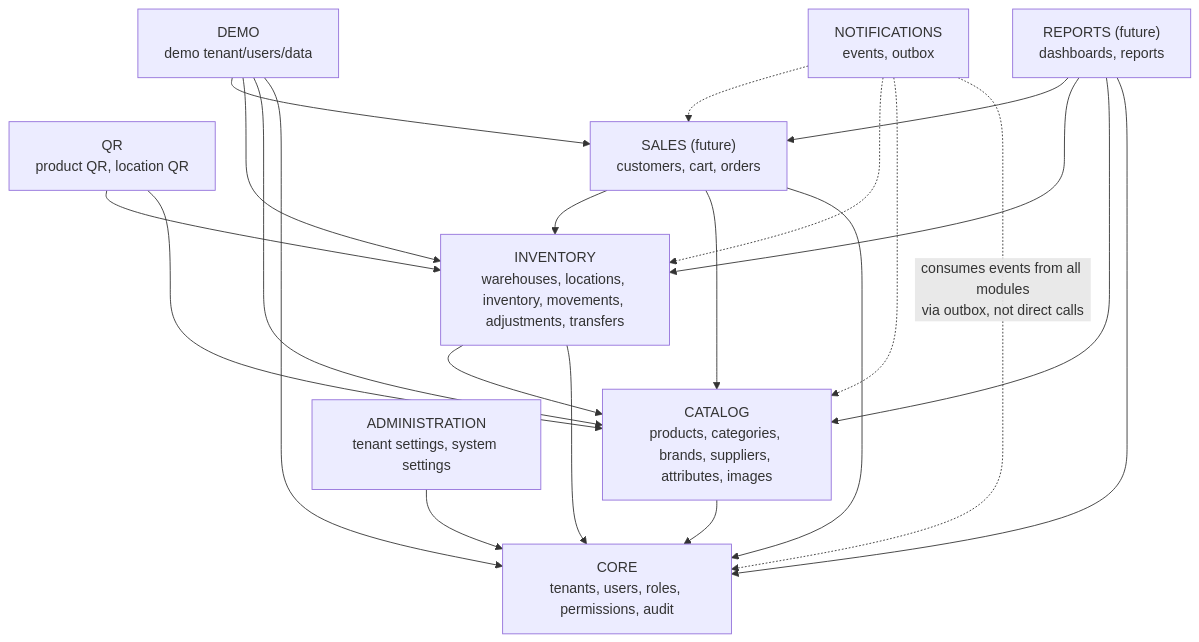
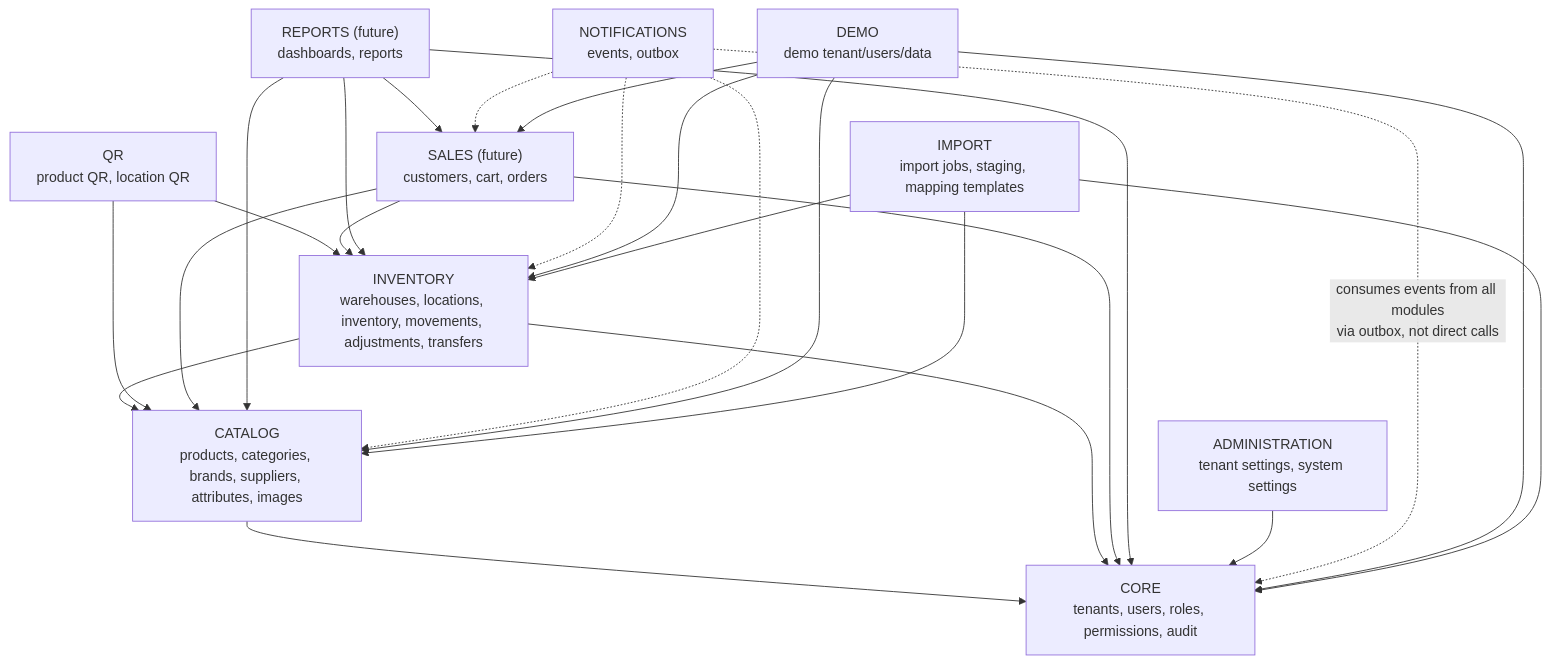
Before and after one commit to smagsoft-code/saas-inventory: the first of 5 diagrams in docs/architecture/modules.md, drawn with Mermaid. The commit also changed other lines of this file and 16 other files, not shown here.

Commit message:
docs: finalize architecture before database implementation

````diff
--- a/docs/architecture/modules.md
+++ b/docs/architecture/modules.md
@@ -19,34 +19,38 @@
 ```mermaid
 flowchart TB
     Core["CORE\ntenants, users, roles, permissions, audit"]
     Catalog["CATALOG\nproducts, categories, brands, suppliers, attributes, images"]
     Inventory["INVENTORY\nwarehouses, locations, inventory, movements, adjustments, transfers"]
     QR["QR\nproduct QR, location QR"]
     Sales["SALES (future)\ncustomers, cart, orders"]
     Notifications["NOTIFICATIONS\nevents, outbox"]
     Reports["REPORTS (future)\ndashboards, reports"]
     Admin["ADMINISTRATION\ntenant settings, system settings"]
     Demo["DEMO\ndemo tenant/users/data"]
+    Import["IMPORT\nimport jobs, staging, mapping templates"]
 
     Catalog --> Core
     Inventory --> Core
     Inventory --> Catalog
     QR --> Catalog
     QR --> Inventory
     Sales --> Core
     Sales --> Catalog
     Sales --> Inventory
     Reports --> Core
     Reports --> Catalog
     Reports --> Inventory
     Reports --> Sales
     Admin --> Core
     Notifications -. "consumes events from all modules\nvia outbox, not direct calls" .-> Core
     Notifications -. " " .-> Catalog
     Notifications -. " " .-> Inventory
     Notifications -. " " .-> Sales
     Demo --> Core
     Demo --> Catalog
     Demo --> Inventory
     Demo --> Sales
+    Import --> Core
+    Import --> Catalog
+    Import --> Inventory
 ```
````
